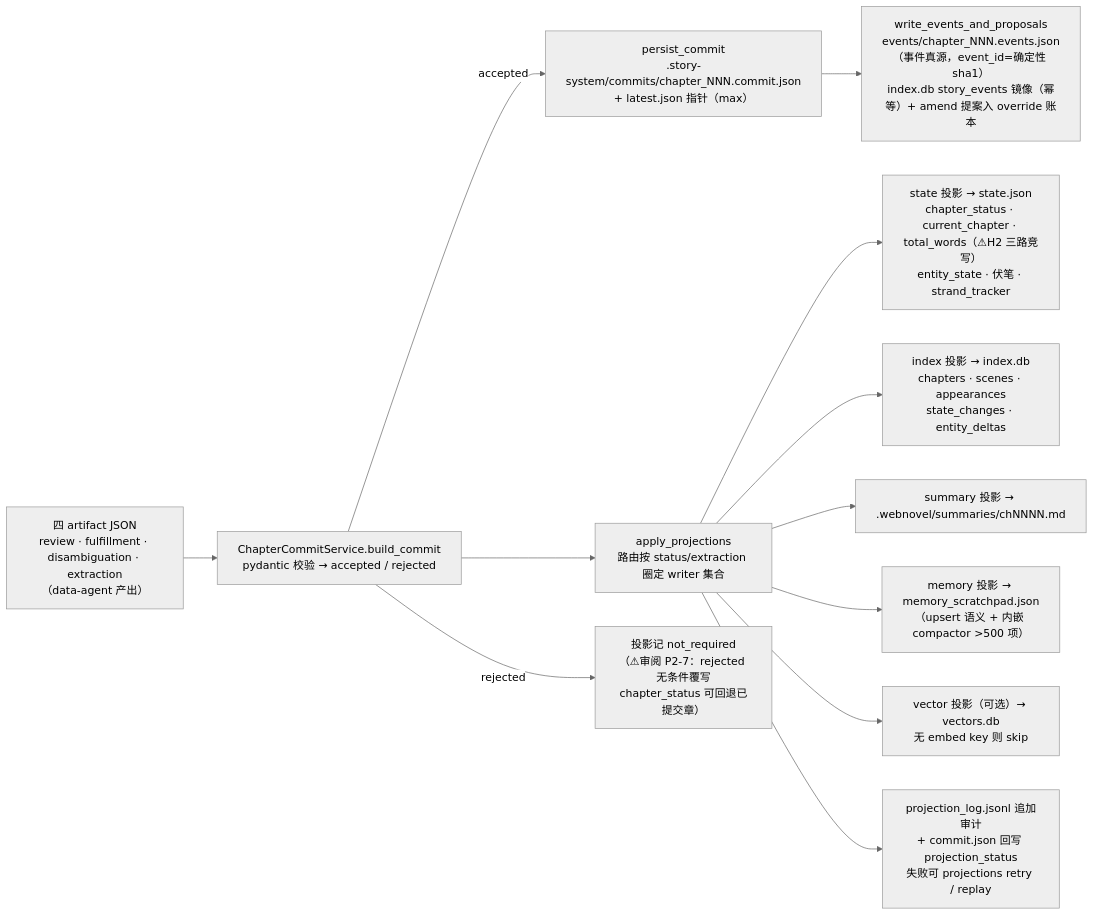
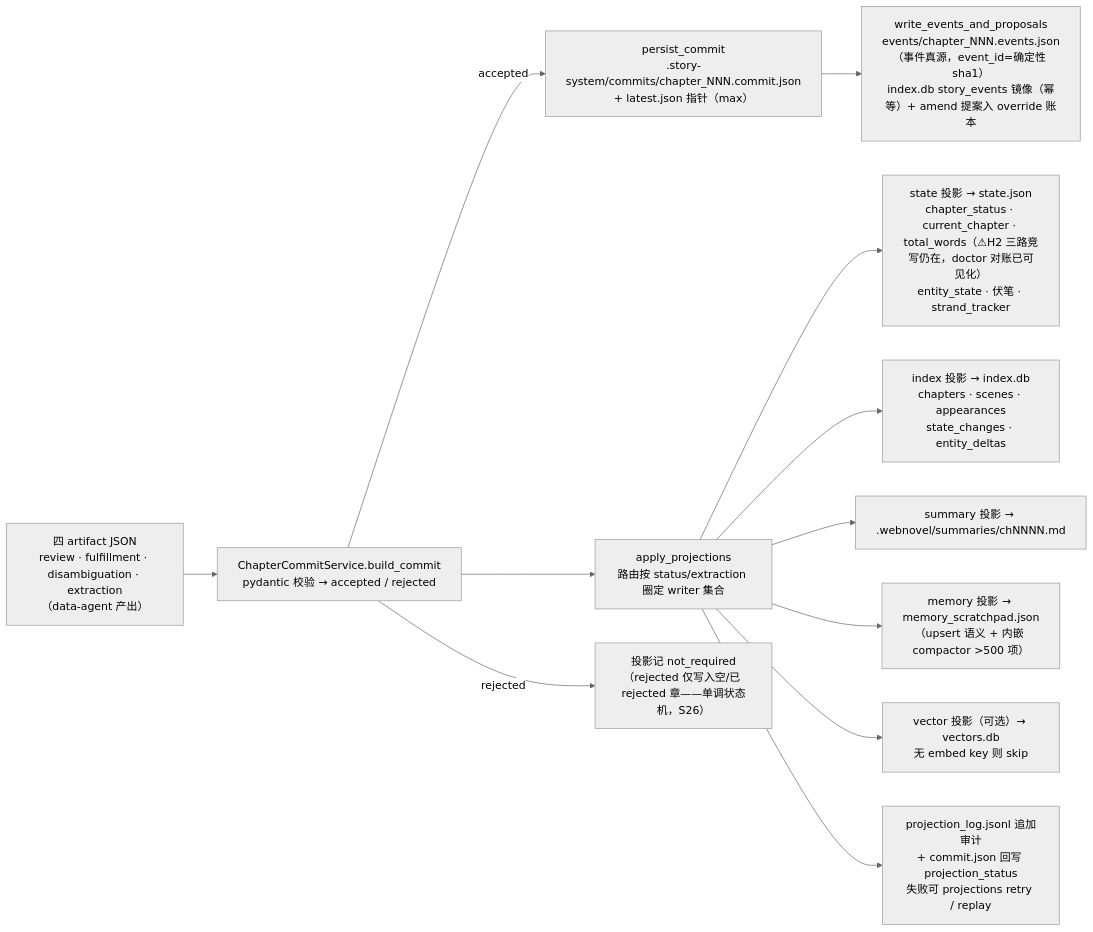
One commit to alittleseven/webnovel-writer changed the sixth of 8 diagrams in docs/architecture/functional-flow-and-data-flow.md. Above: the diagram before and after it, drawn with Mermaid (neutral theme). The commit also changed other lines of this file and 41 other files, not shown here.

````diff
--- a/docs/architecture/functional-flow-and-data-flow.md
+++ b/docs/architecture/functional-flow-and-data-flow.md
@@ -170,14 +170,14 @@
 ```mermaid
 flowchart LR
     A["四 artifact JSON<br/>review · fulfillment · disambiguation · extraction<br/>（data-agent 产出）"] --> B["ChapterCommitService.build_commit<br/>pydantic 校验 → accepted / rejected"]
     B -->|"accepted"| C["persist_commit<br/>.story-system/commits/chapter_NNN.commit.json<br/>+ latest.json 指针（max）"]
     C --> D["write_events_and_proposals<br/>events/chapter_NNN.events.json（事件真源，event_id=确定性 sha1）<br/>index.db story_events 镜像（幂等）+ amend 提案入 override 账本"]
     B --> E["apply_projections<br/>路由按 status/extraction 圈定 writer 集合"]
-    E --> W1["state 投影 → state.json<br/>chapter_status · current_chapter · total_words（⚠H2 三路竞写）<br/>entity_state · 伏笔 · strand_tracker"]
+    E --> W1["state 投影 → state.json<br/>chapter_status · current_chapter · total_words（⚠H2 三路竞写仍在，doctor 对账已可见化）<br/>entity_state · 伏笔 · strand_tracker"]
     E --> W2["index 投影 → index.db<br/>chapters · scenes · appearances<br/>state_changes · entity_deltas"]
     E --> W3["summary 投影 → .webnovel/summaries/chNNNN.md"]
     E --> W4["memory 投影 → memory_scratchpad.json<br/>（upsert 语义 + 内嵌 compactor >500 项）"]
     E --> W5["vector 投影（可选）→ vectors.db<br/>无 embed key 则 skip"]
     E --> PL["projection_log.jsonl 追加审计<br/>+ commit.json 回写 projection_status<br/>失败可 projections retry / replay"]
-    B -->|"rejected"| RJ["投影记 not_required<br/>（⚠审阅 P2-7：rejected 无条件覆写<br/>chapter_status 可回退已提交章）"]
+    B -->|"rejected"| RJ["投影记 not_required<br/>（rejected 仅写入空/已 rejected 章——单调状态机，S26）"]
 ```
````
